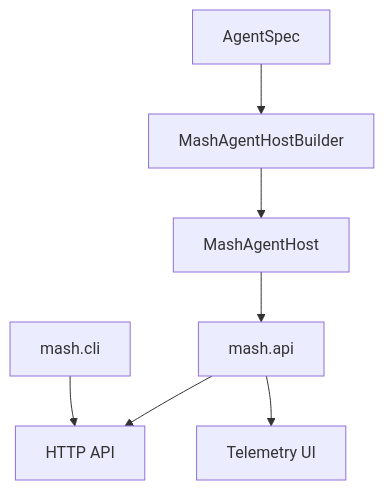
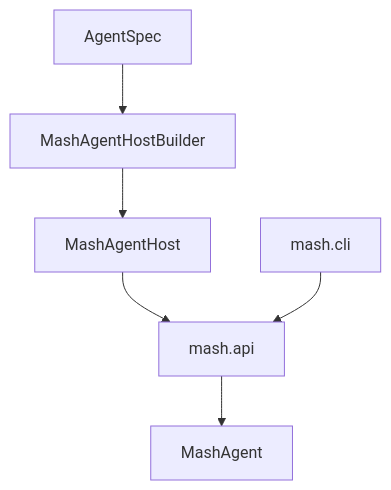
Before and after one commit to imsid/mashpy: the first of 3 diagrams in README.md, drawn with Mermaid. The commit also changed other lines of this file and 9 other files, not shown here.

````diff
--- a/README.md
+++ b/README.md
@@ -77,9 +77,8 @@
 ```mermaid
 flowchart TD
     A["`AgentSpec`"] --> B["`MashAgentHostBuilder`"]
     B --> C["`MashAgentHost`"]
     C --> D["`mash.api`"]
-    D --> E["HTTP API"]
-    D --> F["Telemetry UI"]
-    G["`mash.cli`"] --> E
+    G["`mash.cli`"] --> D
+    D --> F["MashAgent"]
 ```
````
